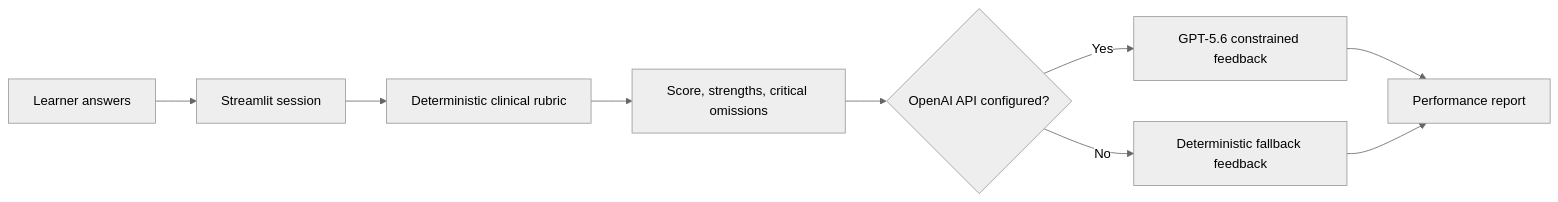
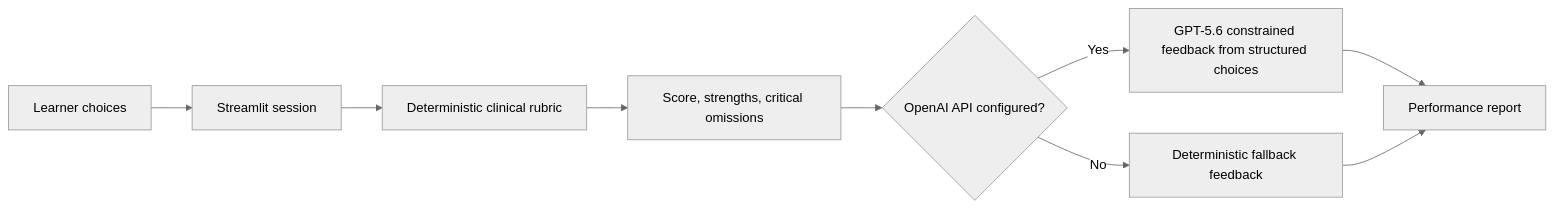
Before and after one commit to Raedennab9/VascuCase_AI_Build_Week_MVP: the diagram in README.md, drawn with Mermaid (neutral theme). The commit also changed other lines of this file and 8 other files, not shown here.

Commit message:
feat: harden simulation flow and feedback boundary (2026-07-18 22:53 +03:00)

````diff
--- a/README.md
+++ b/README.md
@@ -29,11 +30,11 @@
 ```mermaid
 flowchart LR
-    A[Learner answers] --> B[Streamlit session]
+    A[Learner choices] --> B[Streamlit session]
     B --> C[Deterministic clinical rubric]
     C --> D[Score, strengths, critical omissions]
     D --> E{OpenAI API configured?}
-    E -- Yes --> F[GPT-5.6 constrained feedback]
+    E -- Yes --> F[GPT-5.6 constrained feedback from structured choices]
     E -- No --> G[Deterministic fallback feedback]
     F --> H[Performance report]
     G --> H
 ```
````
